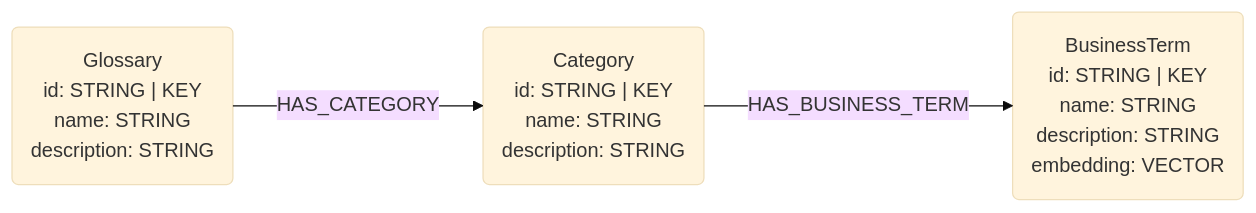
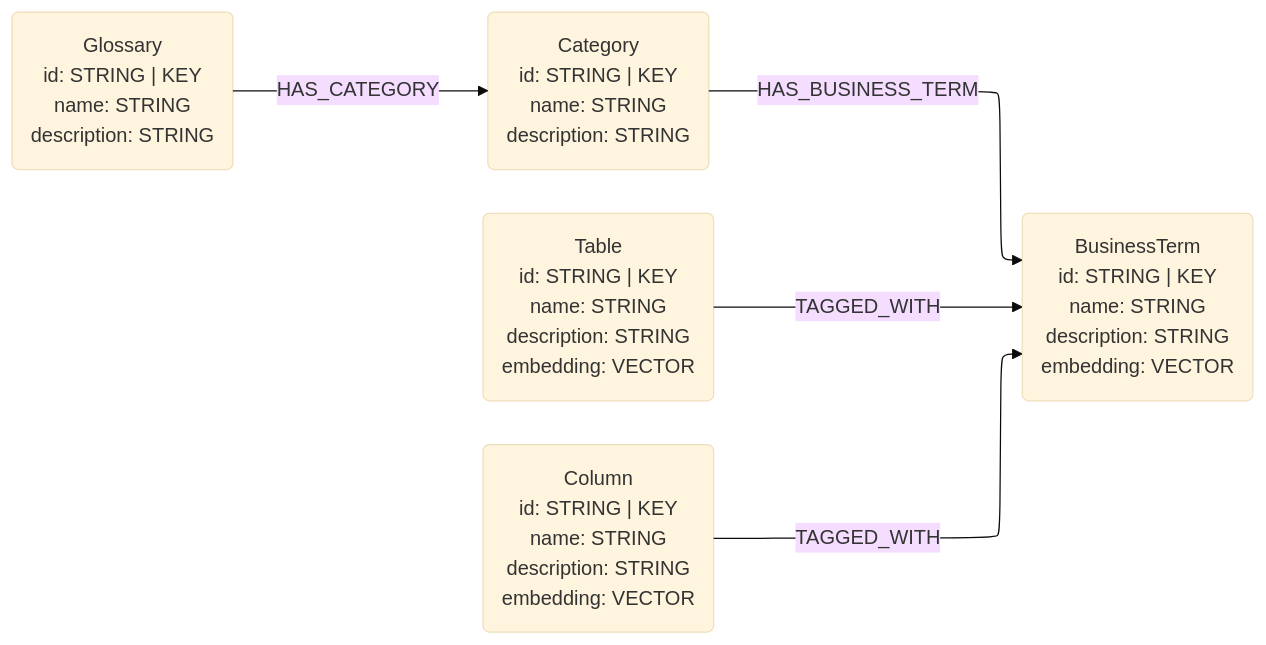
Before and after one commit to neo4j-field/neocarta: the second of 3 diagrams in neocarta/connectors/dataplex/README.md, drawn with Mermaid (base theme). The commit also changed other lines of this file and 17 other files, not shown here.

````diff
--- a/neocarta/connectors/dataplex/README.md
+++ b/neocarta/connectors/dataplex/README.md
@@ -40,15 +38,19 @@
 ```mermaid
 ---
 config:
     layout: elk
 ---
 graph LR
 %% Nodes
 Glossary("Glossary<br/>id: STRING | KEY<br/>name: STRING<br/>description: STRING")
 Category("Category<br/>id: STRING | KEY<br/>name: STRING<br/>description: STRING")
 BusinessTerm("BusinessTerm<br/>id: STRING | KEY<br/>name: STRING<br/>description: STRING<br/>embedding: VECTOR")
+Table("Table<br/>id: STRING | KEY<br/>name: STRING<br/>description: STRING<br/>embedding: VECTOR")
+Column("Column<br/>id: STRING | KEY<br/>name: STRING<br/>description: STRING<br/>embedding: VECTOR")
 
 %% Relationships
 Glossary -->|HAS_CATEGORY| Category
 Category -->|HAS_BUSINESS_TERM| BusinessTerm
+Column -->|TAGGED_WITH| BusinessTerm
+Table -->|TAGGED_WITH| BusinessTerm
 ```
````
